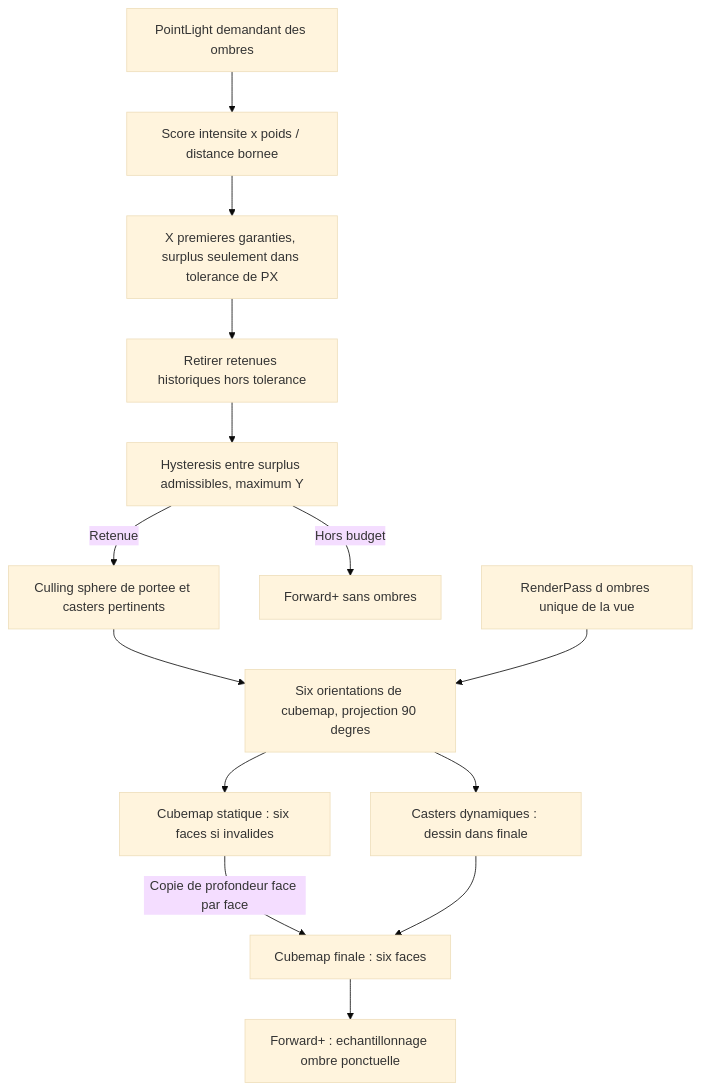
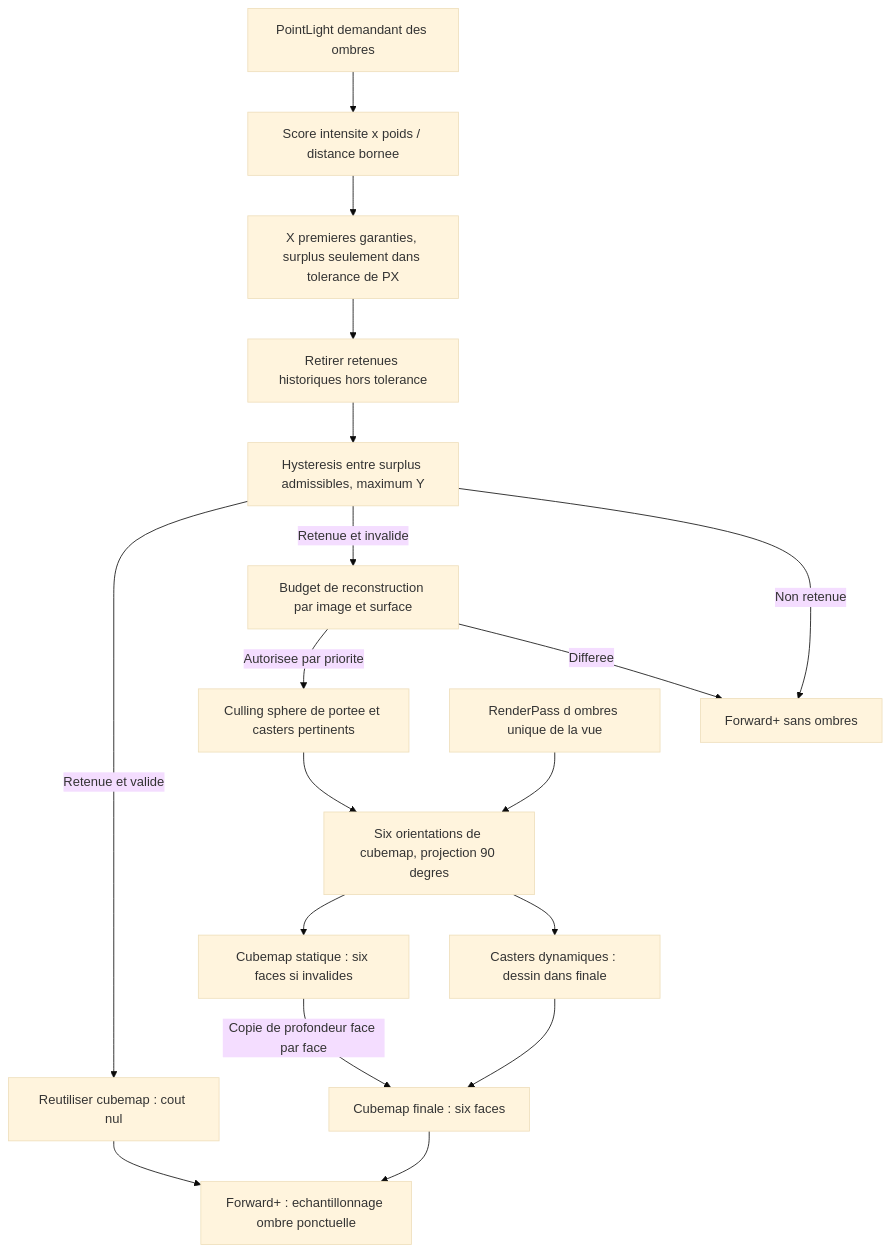
The ninth of 18 diagrams in docs/voxel-engine-v0.1.4-specification.md (EreliaStudio/Sparkle), drawn with Mermaid (base theme) before and after one commit. The commit also changed other lines of this file, not shown here.

Commit message:
docs(v0.1.4): illustrate per-surface image rebuild budget, priority and safe no-shadow fallback

````diff
--- a/docs/voxel-engine-v0.1.4-specification.md
+++ b/docs/voxel-engine-v0.1.4-specification.md
@@ -776,16 +795,20 @@
 ```mermaid
 flowchart TD
   Point["PointLight demandant des ombres"] --> Score["Score intensite x poids / distance bornee"]
   Score --> Soft["X premieres garanties, surplus seulement dans tolerance de PX"]
   Soft --> Hist["Retirer retenues historiques hors tolerance"]
   Hist --> Limit["Hysteresis entre surplus admissibles, maximum Y"]
-  Limit -->|"Retenue"| Range["Culling sphere de portee et casters pertinents"]
-  Limit -->|"Hors budget"| LightOnly["Forward+ sans ombres"]
+  Limit -->|"Retenue et valide"| Available["Reutiliser cubemap : cout nul"]
+  Limit -->|"Retenue et invalide"| Surface["Budget de reconstruction par image et surface"]
+  Surface -->|"Autorisee par priorite"| Range["Culling sphere de portee et casters pertinents"]
+  Surface -->|"Differee"| LightOnly["Forward+ sans ombres"]
+  Limit -->|"Non retenue"| LightOnly
   Range --> Faces["Six orientations de cubemap, projection 90 degres"]
+  Available --> Forward["Forward+ : echantillonnage ombre ponctuelle"]
   Faces --> Static["Cubemap statique : six faces si invalides"]
   Static -->|"Copie de profondeur face par face"| Final["Cubemap finale : six faces"]
   Faces --> Dyn["Casters dynamiques : dessin dans finale"]
   Dyn --> Final
   Final --> Forward["Forward+ : echantillonnage ombre ponctuelle"]
   ShadowPass["RenderPass d ombres unique de la vue"] --> Faces
 ```
````
